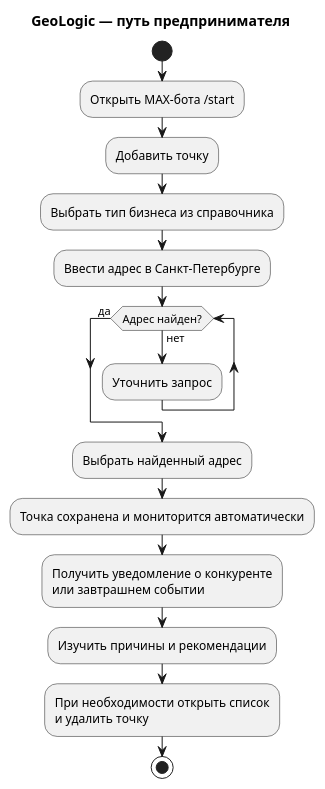
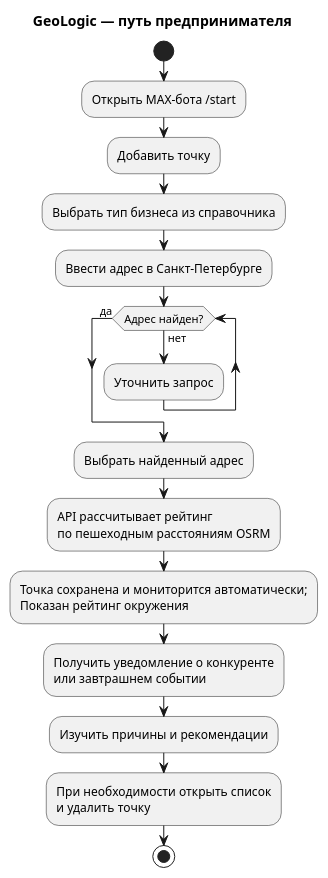
The diagram in docs/diagrams/src/cjm-owner.puml (kotafan1rich/GeoLogic-Monitor), drawn with PlantUML before and after one commit. The commit also changed 16 other files, not shown here.

```diff
--- a/docs/diagrams/src/cjm-owner.puml
+++ b/docs/diagrams/src/cjm-owner.puml
@@ -1,18 +1,19 @@
 @startuml cjm-owner
 title GeoLogic — путь предпринимателя
 skinparam shadowing false
 start
 :Открыть MAX-бота /start;
 :Добавить точку;
 :Выбрать тип бизнеса из справочника;
 :Ввести адрес в Санкт-Петербурге;
 while (Адрес найден?) is (нет)
  :Уточнить запрос;
 endwhile (да)
 :Выбрать найденный адрес;
-:Точка сохранена и мониторится автоматически;
+:API рассчитывает рейтинг\nпо пешеходным расстояниям OSRM;
+:Точка сохранена и мониторится автоматически;\nПоказан рейтинг окружения;
 :Получить уведомление о конкуренте\nили завтрашнем событии;
 :Изучить причины и рекомендации;
 :При необходимости открыть список\nи удалить точку;
 stop
 @enduml
```
